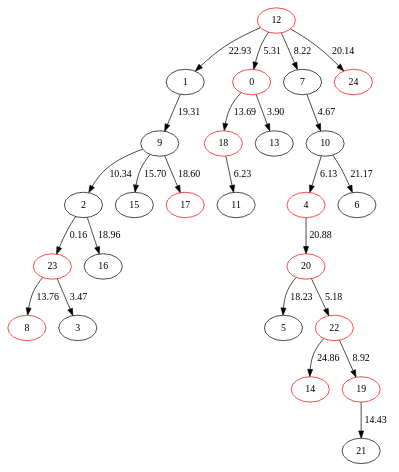
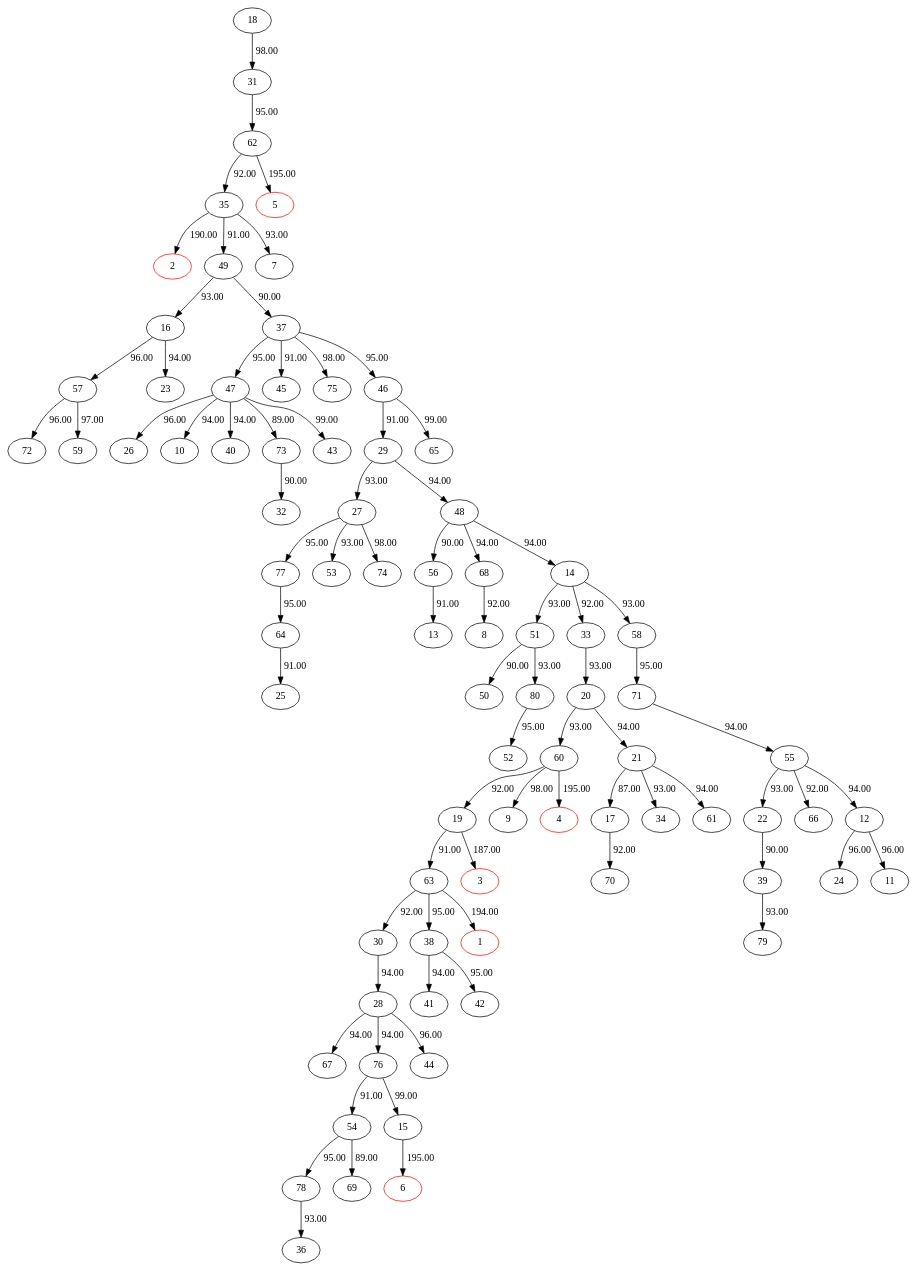
The diagram in example/tree.dot (Aura9111/SteinerBA), drawn with Graphviz before and after one commit. The commit also changed 27 other files, not shown here.

```diff
--- a/example/tree.dot
+++ b/example/tree.dot
@@ -1,51 +1,161 @@
 digraph {
-12[color=red]
-1[color=black]
+18[color=black]
+31[color=black]
+62[color=black]
+35[color=black]
+2[color=red]
+35->2[label=190.00]
+49[color=black]
+16[color=black]
+57[color=black]
+72[color=black]
+57->72[label=96.00]
+59[color=black]
+57->59[label=97.00]
+16->57[label=96.00]
+23[color=black]
+16->23[label=94.00]
+49->16[label=93.00]
+37[color=black]
+47[color=black]
+26[color=black]
+47->26[label=96.00]
+10[color=black]
+47->10[label=94.00]
+40[color=black]
+47->40[label=94.00]
+73[color=black]
+32[color=black]
+73->32[label=90.00]
+47->73[label=89.00]
+43[color=black]
+47->43[label=99.00]
+37->47[label=95.00]
+45[color=black]
+37->45[label=91.00]
+75[color=black]
+37->75[label=98.00]
+46[color=black]
+29[color=black]
+27[color=black]
+77[color=black]
+64[color=black]
+25[color=black]
+64->25[label=91.00]
+77->64[label=95.00]
+27->77[label=95.00]
+53[color=black]
+27->53[label=93.00]
+74[color=black]
+27->74[label=98.00]
+29->27[label=93.00]
+48[color=black]
+56[color=black]
+13[color=black]
+56->13[label=91.00]
+48->56[label=90.00]
+68[color=black]
+8[color=black]
+68->8[label=92.00]
+48->68[label=94.00]
+14[color=black]
+51[color=black]
+50[color=black]
+51->50[label=90.00]
+80[color=black]
+52[color=black]
+80->52[label=95.00]
+51->80[label=93.00]
+14->51[label=93.00]
+33[color=black]
+20[color=black]
+60[color=black]
+19[color=black]
+63[color=black]
+30[color=black]
+28[color=black]
+67[color=black]
+28->67[label=94.00]
+76[color=black]
+54[color=black]
+78[color=black]
+36[color=black]
+78->36[label=93.00]
+54->78[label=95.00]
+69[color=black]
+54->69[label=89.00]
+76->54[label=91.00]
+15[color=black]
+6[color=red]
+15->6[label=195.00]
+76->15[label=99.00]
+28->76[label=94.00]
+44[color=black]
+28->44[label=96.00]
+30->28[label=94.00]
+63->30[label=92.00]
+38[color=black]
+41[color=black]
+38->41[label=94.00]
+42[color=black]
+38->42[label=95.00]
+63->38[label=95.00]
+1[color=red]
+63->1[label=194.00]
+19->63[label=91.00]
+3[color=red]
+19->3[label=187.00]
+60->19[label=92.00]
 9[color=black]
-2[color=black]
-23[color=red]
-8[color=red]
-23->8[label=13.76]
-3[color=black]
-23->3[label=3.47]
-2->23[label=0.16]
-16[color=black]
-2->16[label=18.96]
-9->2[label=10.34]
-15[color=black]
-9->15[label=15.70]
-17[color=red]
-9->17[label=18.60]
-1->9[label=19.31]
-12->1[label=22.93]
-0[color=red]
-18[color=red]
+60->9[label=98.00]
+4[color=red]
+60->4[label=195.00]
+20->60[label=93.00]
+21[color=black]
+17[color=black]
+70[color=black]
+17->70[label=92.00]
+21->17[label=87.00]
+34[color=black]
+21->34[label=93.00]
+61[color=black]
+21->61[label=94.00]
+20->21[label=94.00]
+33->20[label=93.00]
+14->33[label=92.00]
+58[color=black]
+71[color=black]
+55[color=black]
+22[color=black]
+39[color=black]
+79[color=black]
+39->79[label=93.00]
+22->39[label=90.00]
+55->22[label=93.00]
+66[color=black]
+55->66[label=92.00]
+12[color=black]
+24[color=black]
+12->24[label=96.00]
 11[color=black]
-18->11[label=6.23]
-0->18[label=13.69]
-13[color=black]
-0->13[label=3.90]
-12->0[label=5.31]
+12->11[label=96.00]
+55->12[label=94.00]
+71->55[label=94.00]
+58->71[label=95.00]
+14->58[label=93.00]
+48->14[label=94.00]
+29->48[label=94.00]
+46->29[label=91.00]
+65[color=black]
+46->65[label=99.00]
+37->46[label=95.00]
+49->37[label=90.00]
+35->49[label=91.00]
 7[color=black]
-10[color=black]
-4[color=red]
-20[color=red]
-5[color=black]
-20->5[label=18.23]
-22[color=red]
-14[color=red]
-22->14[label=24.86]
-19[color=red]
-21[color=black]
-19->21[label=14.43]
-22->19[label=8.92]
-20->22[label=5.18]
-4->20[label=20.88]
-10->4[label=6.13]
-6[color=black]
-10->6[label=21.17]
-7->10[label=4.67]
-12->7[label=8.22]
-24[color=red]
-12->24[label=20.14]
+35->7[label=93.00]
+62->35[label=92.00]
+5[color=red]
+62->5[label=195.00]
+31->62[label=95.00]
+18->31[label=98.00]
 }
```
